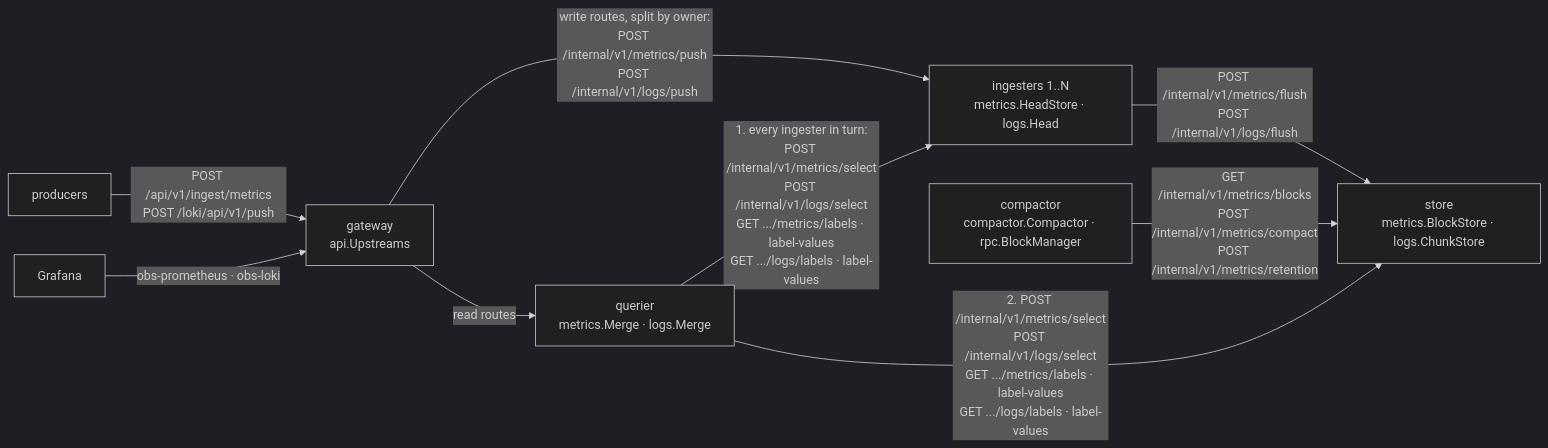
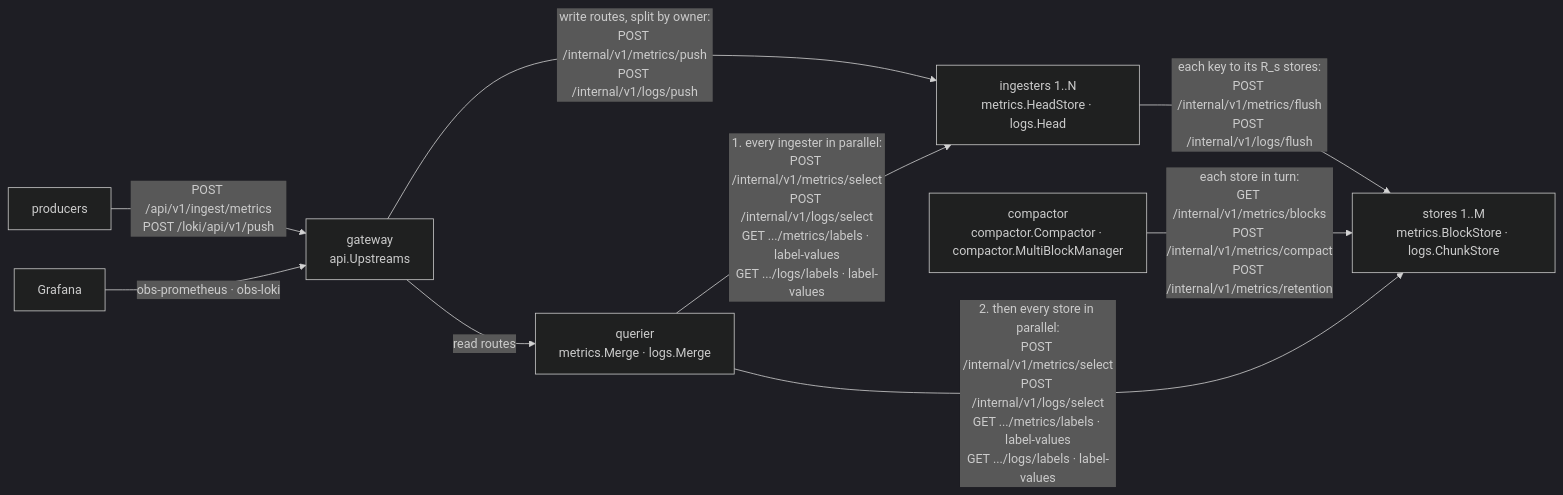
The first of 5 diagrams in docs/architecture/components.md (Weilei424/observability-platform), drawn with Mermaid (dark theme) before and after one commit. The commit also changed other lines of this file, not shown here.

Commit message:
docs(architecture): the store layer, parallel read path, replicated flush, and per-store compaction

````diff
--- a/docs/architecture/components.md
+++ b/docs/architecture/components.md
@@ -34,11 +35,11 @@
 ```mermaid
 graph LR
   P["producers"] -->|"POST /api/v1/ingest/metrics<br/>POST /loki/api/v1/push"| G["gateway<br/>api.Upstreams"]
   GR["Grafana"] -->|"obs-prometheus · obs-loki"| G
   G -->|"write routes, split by owner:<br/>POST /internal/v1/metrics/push<br/>POST /internal/v1/logs/push"| I["ingesters 1..N<br/>metrics.HeadStore · logs.Head"]
   G -->|"read routes"| Q["querier<br/>metrics.Merge · logs.Merge"]
-  Q -->|"1. every ingester in turn:<br/>POST /internal/v1/metrics/select<br/>POST /internal/v1/logs/select<br/>GET .../metrics/labels · label-values<br/>GET .../logs/labels · label-values"| I
-  Q -->|"2. POST /internal/v1/metrics/select<br/>POST /internal/v1/logs/select<br/>GET .../metrics/labels · label-values<br/>GET .../logs/labels · label-values"| S["store<br/>metrics.BlockStore · logs.ChunkStore"]
-  I -->|"POST /internal/v1/metrics/flush<br/>POST /internal/v1/logs/flush"| S
-  C["compactor<br/>compactor.Compactor · rpc.BlockManager"] -->|"GET /internal/v1/metrics/blocks<br/>POST /internal/v1/metrics/compact<br/>POST /internal/v1/metrics/retention"| S
+  Q -->|"1. every ingester in parallel:<br/>POST /internal/v1/metrics/select<br/>POST /internal/v1/logs/select<br/>GET .../metrics/labels · label-values<br/>GET .../logs/labels · label-values"| I
+  Q -->|"2. then every store in parallel:<br/>POST /internal/v1/metrics/select<br/>POST /internal/v1/logs/select<br/>GET .../metrics/labels · label-values<br/>GET .../logs/labels · label-values"| S["stores 1..M<br/>metrics.BlockStore · logs.ChunkStore"]
+  I -->|"each key to its R_s stores:<br/>POST /internal/v1/metrics/flush<br/>POST /internal/v1/logs/flush"| S
+  C["compactor<br/>compactor.Compactor · compactor.MultiBlockManager"] -->|"each store in turn:<br/>GET /internal/v1/metrics/blocks<br/>POST /internal/v1/metrics/compact<br/>POST /internal/v1/metrics/retention"| S
 ```
````
